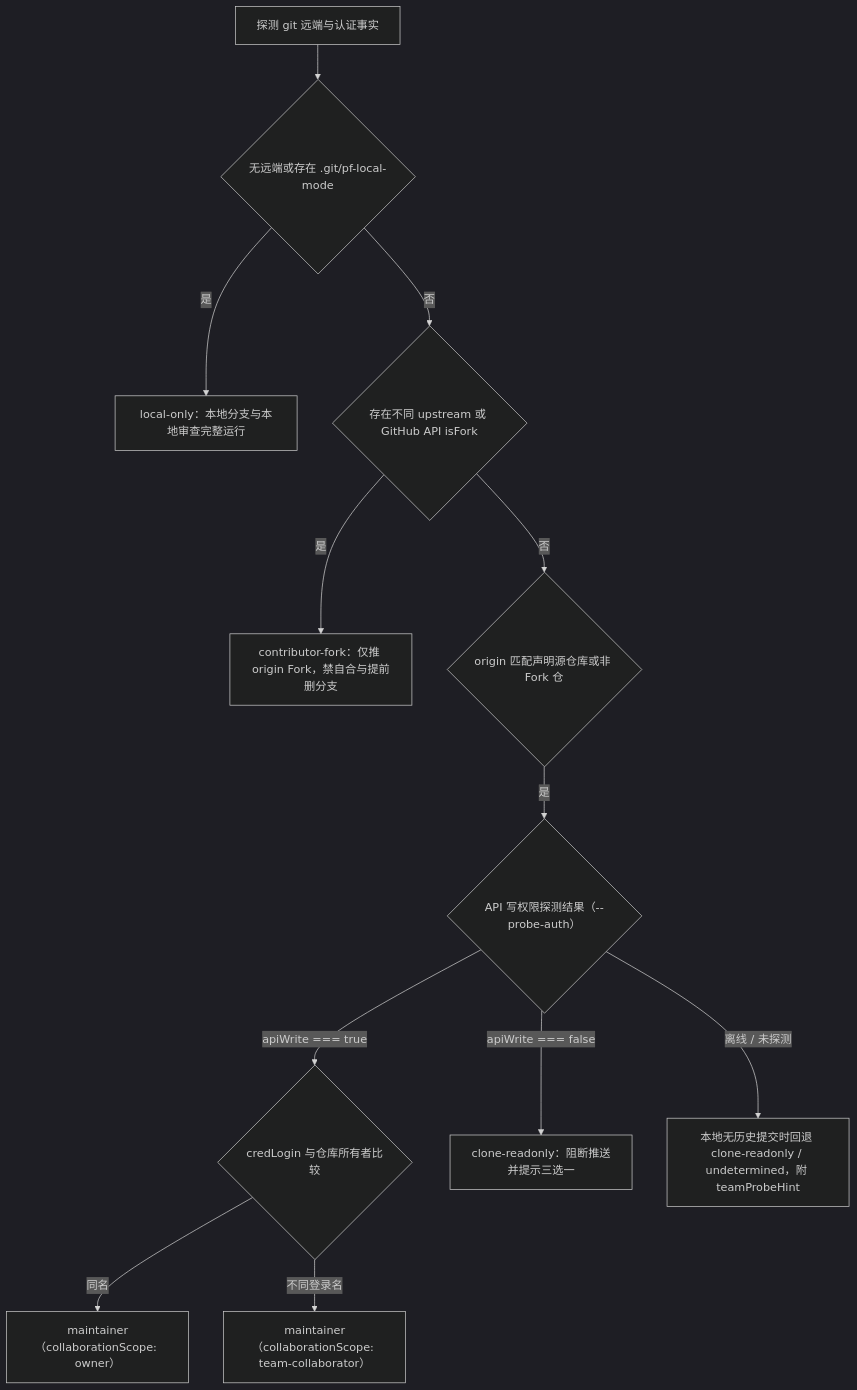
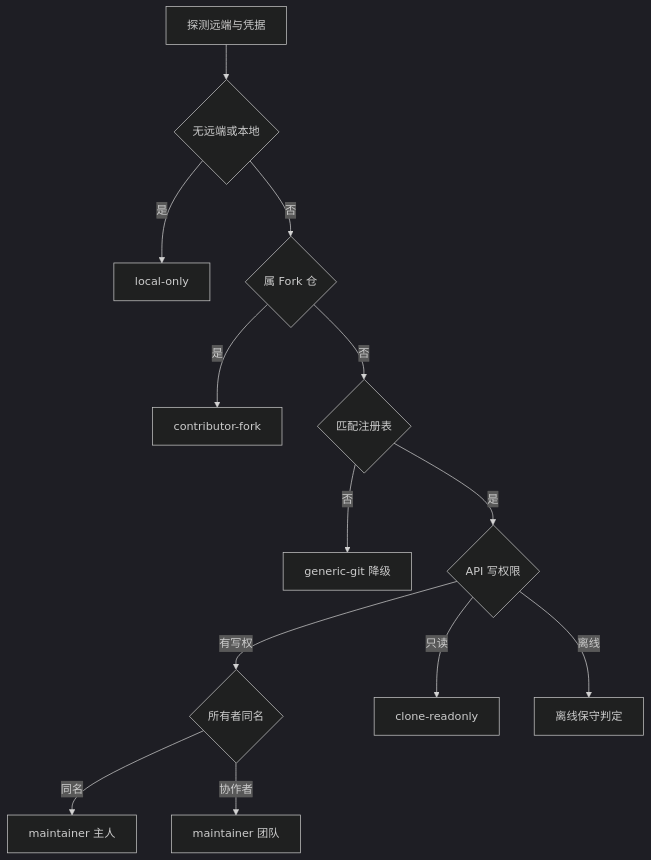
One commit to FiretrUCK666/project-forge changed the fourth of 5 diagrams in docs/TDD.md. Above: the diagram before and after it, drawn with Mermaid (dark theme). The commit also changed other lines of this file and 29 other files, not shown here.

Commit message:
同步升级模板体系、技术设计文档、双语门面与矢量图并对齐两档治理契约

````diff
--- a/docs/TDD.md
+++ b/docs/TDD.md
@@ -201,14 +234,15 @@
 ```mermaid
 flowchart TD
-  Start["探测 git 远端与认证事实"] --> Local{"无远端或存在 .git/pf-local-mode"}
-  Local -- "是" --> RLocal["local-only：本地分支与本地审查完整运行"]
-  Local -- "否" --> ForkCheck{"存在不同 upstream 或 GitHub API isFork"}
-  ForkCheck -- "是" --> RFork["contributor-fork：仅推 origin Fork，禁自合与提前删分支"]
-  ForkCheck -- "否" --> SameOrigin{"origin 匹配声明源仓库或非 Fork 仓"}
-  SameOrigin -- "是" --> Probe{"API 写权限探测结果（--probe-auth）"}
-  Probe -- "apiWrite === true" --> Scope{"credLogin 与仓库所有者比较"}
-  Scope -- "同名" --> RMaintOwner["maintainer（collaborationScope: owner）"]
-  Scope -- "不同登录名" --> RMaintTeam["maintainer（collaborationScope: team-collaborator）"]
-  Probe -- "apiWrite === false" --> RReadonly["clone-readonly：阻断推送并提示三选一"]
-  Probe -- "离线 / 未探测" --> Fallback["本地无历史提交时回退 clone-readonly / undetermined，附 teamProbeHint"]
+  Start["探测远端与凭据"] --> Local{"无远端或本地"}
+  Local -- "是" --> RLocal["local-only"]
+  Local -- "否" --> ForkCheck{"属 Fork 仓"}
+  ForkCheck -- "是" --> RFork["contributor-fork"]
+  ForkCheck -- "否" --> KnownHost{"匹配注册表"}
+  KnownHost -- "否" --> GenericGit["generic-git 降级"]
+  KnownHost -- "是" --> Probe{"API 写权限"}
+  Probe -- "有写权" --> Scope{"所有者同名"}
+  Scope -- "同名" --> RMaintOwner["maintainer 主人"]
+  Scope -- "协作者" --> RMaintTeam["maintainer 团队"]
+  Probe -- "只读" --> RReadonly["clone-readonly"]
+  Probe -- "离线" --> Fallback["离线保守判定"]
 ```
````
